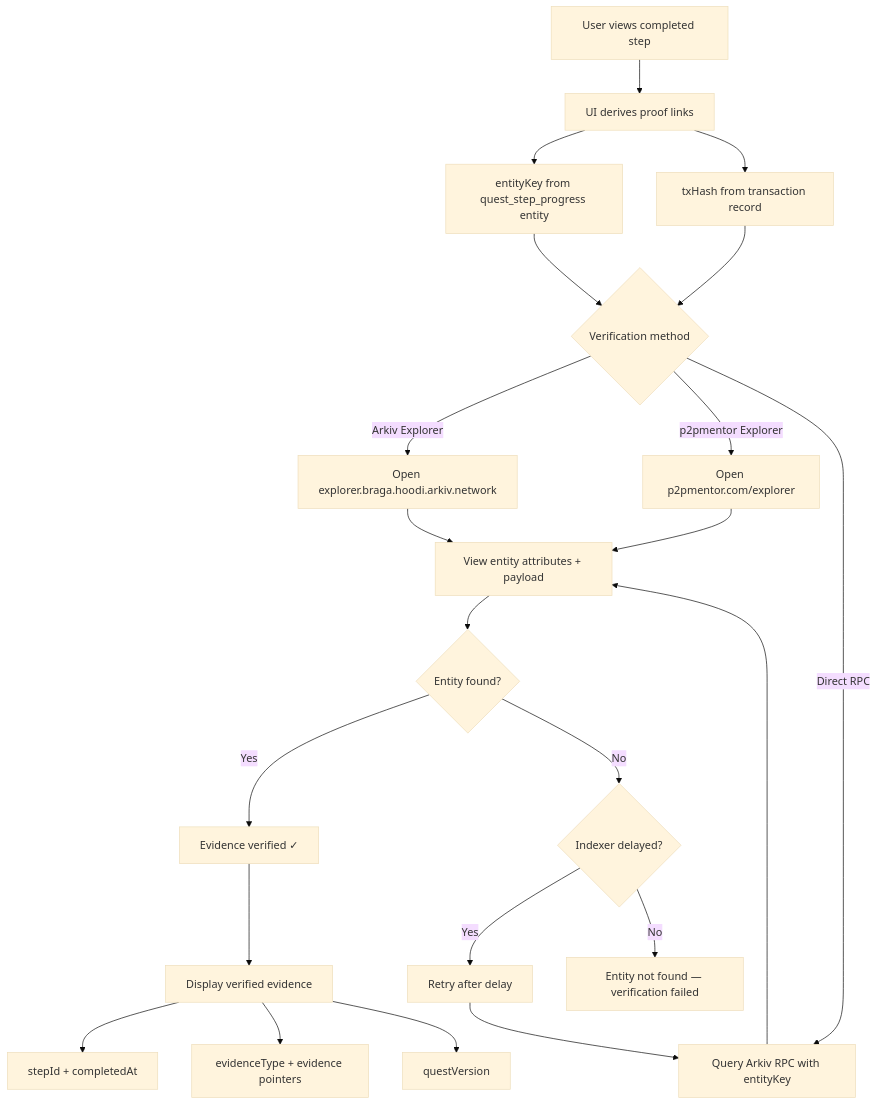
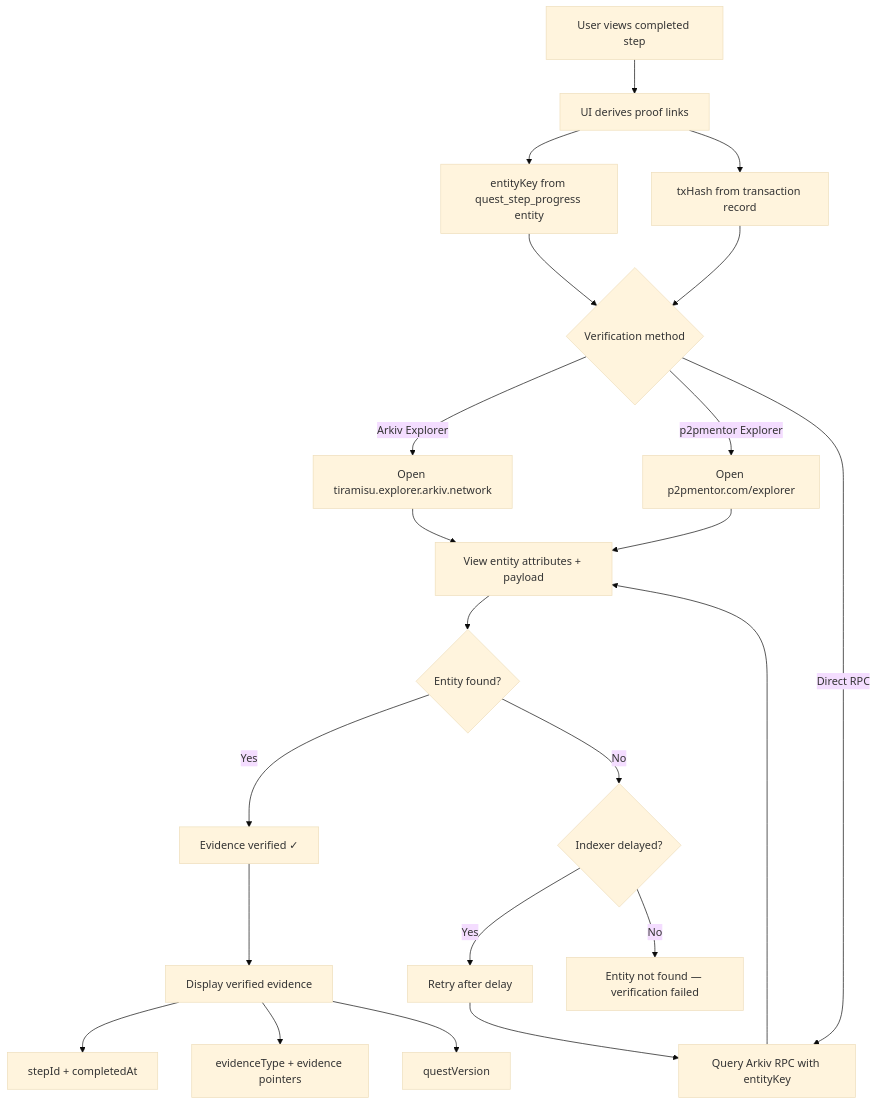
One commit to understories/p2pmentor changed the diagram in docs/betadocs/arkiv/flows/evidence-verification-flow.md. Above: the diagram before and after it, drawn with Mermaid (base theme). The commit also changed other lines of this file and 78 other files, not shown here.

First line of the commit message:
wip: finish SDK 0.8 module conversion, schema flags, tests and data-model docs

````diff
--- a/docs/betadocs/arkiv/flows/evidence-verification-flow.md
+++ b/docs/betadocs/arkiv/flows/evidence-verification-flow.md
@@ -9,30 +9,30 @@
 ```mermaid
 flowchart TD
     A["User views completed step"] --> B["UI derives proof links"]
     B --> B1["entityKey from quest_step_progress entity"]
     B --> B2["txHash from transaction record"]
 
     B1 --> C{"Verification method"}
     B2 --> C
 
-    C -->|"Arkiv Explorer"| D["Open explorer.braga.hoodi.arkiv.network"]
+    C -->|"Arkiv Explorer"| D["Open tiramisu.explorer.arkiv.network"]
     C -->|"p2pmentor Explorer"| E["Open p2pmentor.com/explorer"]
     C -->|"Direct RPC"| F["Query Arkiv RPC with entityKey"]
 
     D --> G["View entity attributes + payload"]
     E --> G
     F --> G
 
     G --> H{"Entity found?"}
     H -->|Yes| I["Evidence verified ✓"]
     H -->|No| J{"Indexer delayed?"}
 
     J -->|Yes| K["Retry after delay"]
     K --> F
     J -->|No| L["Entity not found — verification failed"]
 
     I --> M["Display verified evidence"]
     M --> M1["stepId + completedAt"]
     M --> M2["evidenceType + evidence pointers"]
     M --> M3["questVersion"]
 ```
````
